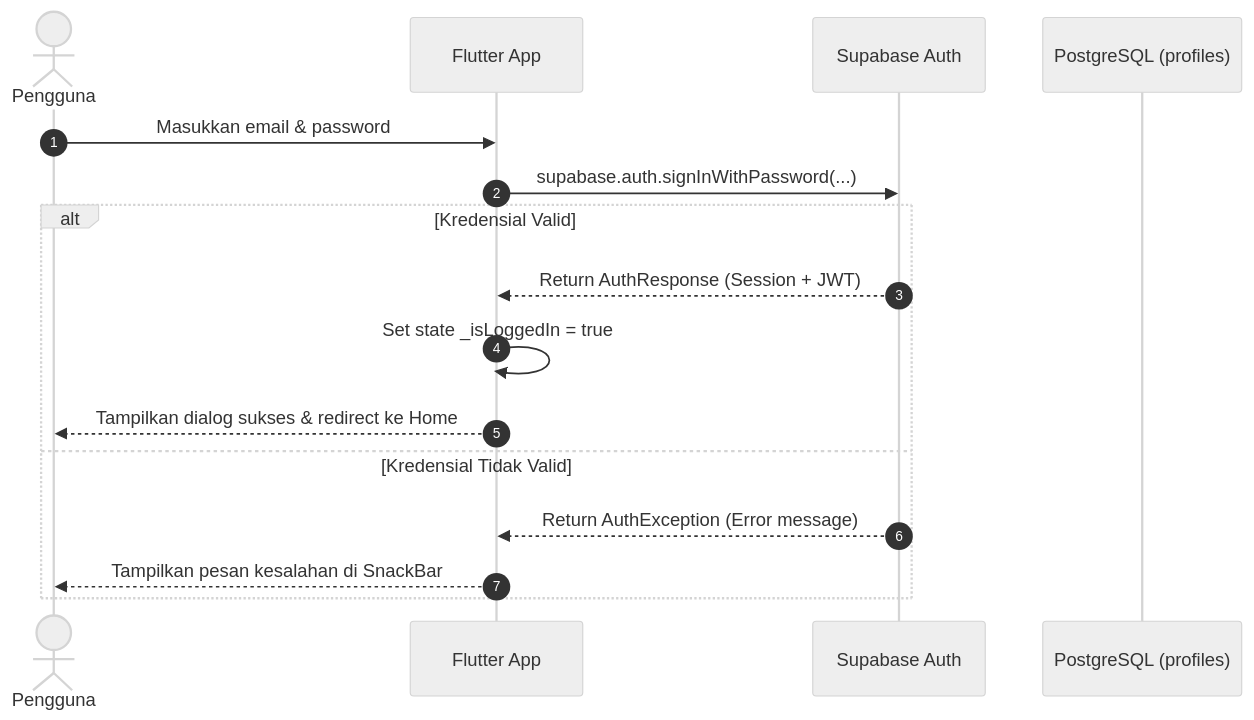
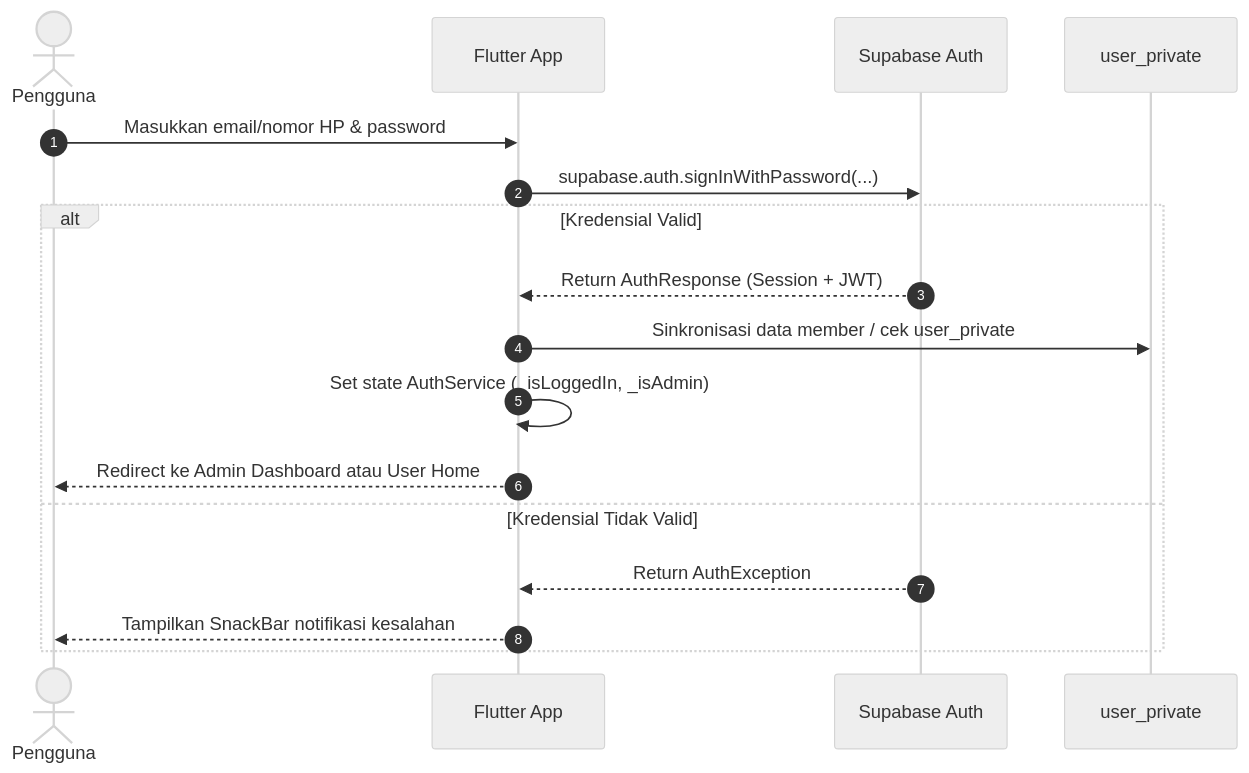
Before and after one commit to Dav2257/katalog: the diagram in dokumen/backend/README.md, drawn with Mermaid (neutral theme). The commit also changed other lines of this file and 10 other files, not shown here.

````diff
--- a/dokumen/backend/README.md
+++ b/dokumen/backend/README.md
@@ -45,19 +54,20 @@
 ```mermaid
 sequenceDiagram
     autonumber
     actor User as Pengguna
     participant App as Flutter App
     participant Auth as Supabase Auth
-    participant DB as PostgreSQL (profiles)
+    participant DB as user_private
 
-    User->>App: Masukkan email & password
+    User->>App: Masukkan email/nomor HP & password
     App->>Auth: supabase.auth.signInWithPassword(...)
     alt Kredensial Valid
         Auth-->>App: Return AuthResponse (Session + JWT)
-        App->>App: Set state _isLoggedIn = true
-        App-->>User: Tampilkan dialog sukses & redirect ke Home
+        App->>DB: Sinkronisasi data member / cek user_private
+        App->>App: Set state AuthService (_isLoggedIn, _isAdmin)
+        App-->>User: Redirect ke Admin Dashboard atau User Home
     else Kredensial Tidak Valid
-        Auth-->>App: Return AuthException (Error message)
-        App-->>User: Tampilkan pesan kesalahan di SnackBar
+        Auth-->>App: Return AuthException
+        App-->>User: Tampilkan SnackBar notifikasi kesalahan
     end
 ```
````
